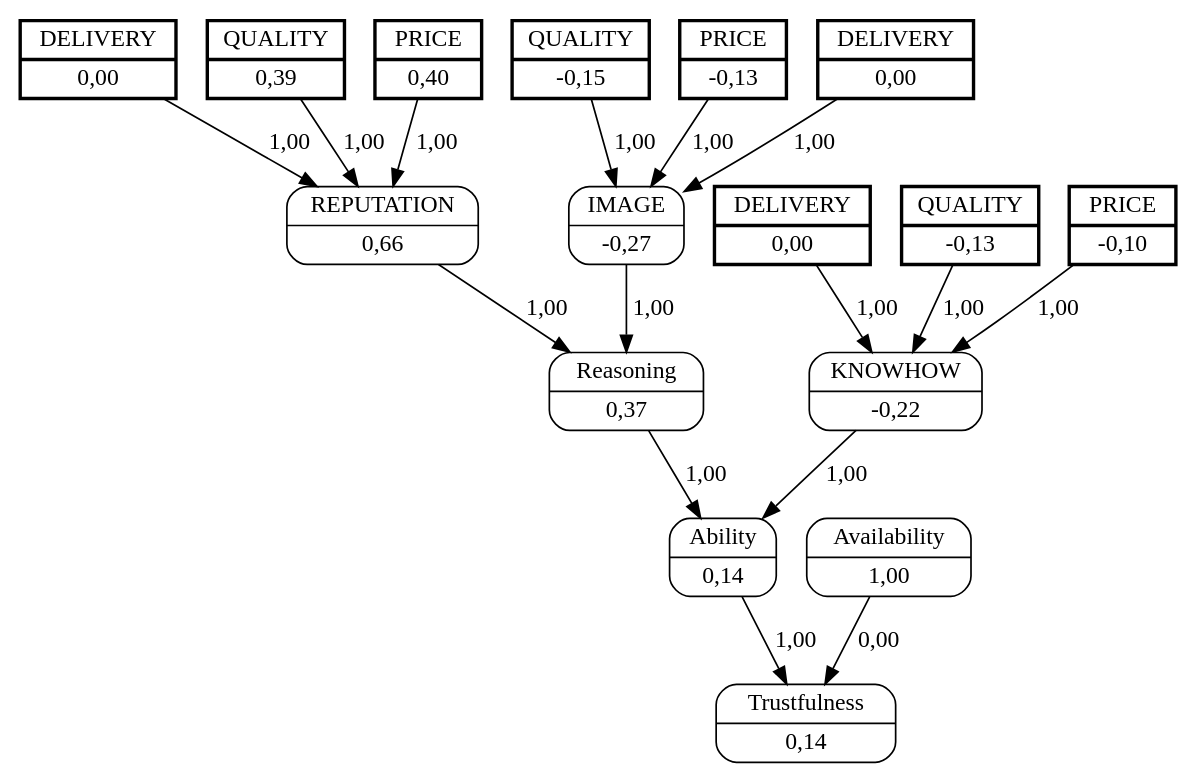
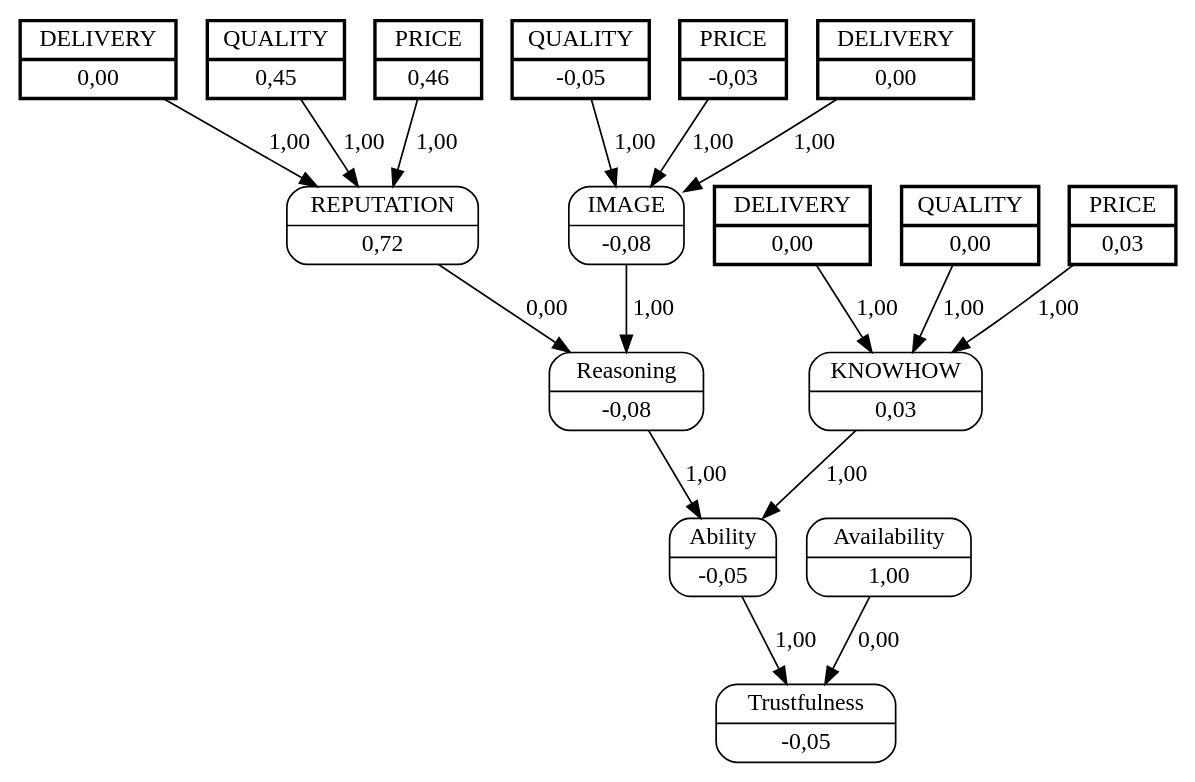
The diagram in unload_boxes/dots/buyerC3sellerC8.dot (jjbaqueta/unload_experiment), drawn with Graphviz before and after one commit. The commit also changed 156 other files, not shown here.

```diff
--- a/unload_boxes/dots/buyerC3sellerC8.dot
+++ b/unload_boxes/dots/buyerC3sellerC8.dot
@@ -1,39 +1,39 @@
 digraph FCM_net{
 	node [shape=record, style=rounded]
-	7 [label="{QUALITY | -0,15}", style=bold, penwidth=2, peripheries=2];
-	8 [label="{PRICE | -0,13}", style=bold, penwidth=2, peripheries=2];
+	7 [label="{QUALITY | -0,05}", style=bold, penwidth=2, peripheries=2];
+	8 [label="{PRICE | -0,03}", style=bold, penwidth=2, peripheries=2];
 	9 [label="{DELIVERY | 0,00}", style=bold, penwidth=2, peripheries=2];
-	10 [label="{QUALITY | 0,39}", style=bold, penwidth=2, peripheries=2];
-	11 [label="{PRICE | 0,40}", style=bold, penwidth=2, peripheries=2];
+	10 [label="{QUALITY | 0,45}", style=bold, penwidth=2, peripheries=2];
+	11 [label="{PRICE | 0,46}", style=bold, penwidth=2, peripheries=2];
 	12 [label="{DELIVERY | 0,00}", style=bold, penwidth=2, peripheries=2];
-	13 [label="{QUALITY | -0,13}", style=bold, penwidth=2, peripheries=2];
-	14 [label="{PRICE | -0,10}", style=bold, penwidth=2, peripheries=2];
+	13 [label="{QUALITY | 0,00}", style=bold, penwidth=2, peripheries=2];
+	14 [label="{PRICE | 0,03}", style=bold, penwidth=2, peripheries=2];
 	15 [label="{DELIVERY | 0,00}", style=bold, penwidth=2, peripheries=2];
-	0 [label="{IMAGE | -0,27}"];
-	1 [label="{REPUTATION | 0,66}"];
-	2 [label="{KNOWHOW | -0,22}"];
-	3 [label="{Reasoning | 0,37}"];
-	4 [label="{Ability | 0,14}"];
+	0 [label="{IMAGE | -0,08}"];
+	1 [label="{REPUTATION | 0,72}"];
+	2 [label="{KNOWHOW | 0,03}"];
+	3 [label="{Reasoning | -0,08}"];
+	4 [label="{Ability | -0,05}"];
 	5 [label="{Availability | 1,00}"];
-	6 [label="{Trustfulness | 0,14}"];
-	7 [label="{QUALITY | -0,15}"];
-	8 [label="{PRICE | -0,13}"];
+	6 [label="{Trustfulness | -0,05}"];
+	7 [label="{QUALITY | -0,05}"];
+	8 [label="{PRICE | -0,03}"];
 	9 [label="{DELIVERY | 0,00}"];
-	11 [label="{PRICE | 0,40}"];
-	13 [label="{QUALITY | -0,13}"];
+	11 [label="{PRICE | 0,46}"];
+	13 [label="{QUALITY | 0,00}"];
 	0 -> 3 [label = "1,00"];
-	1 -> 3 [label = "1,00"];
+	1 -> 3 [label = "0,00"];
 	3 -> 4 [label = "1,00"];
 	2 -> 4 [label = "1,00"];
 	4 -> 6 [label = "1,00"];
 	5 -> 6 [label = "0,00"];
 	7 -> 0 [label = "1,00"];
 	8 -> 0 [label = "1,00"];
 	9 -> 0 [label = "1,00"];
 	10 -> 1 [label = "1,00"];
 	11 -> 1 [label = "1,00"];
 	12 -> 1 [label = "1,00"];
 	13 -> 2 [label = "1,00"];
 	14 -> 2 [label = "1,00"];
 	15 -> 2 [label = "1,00"];
 }
```
